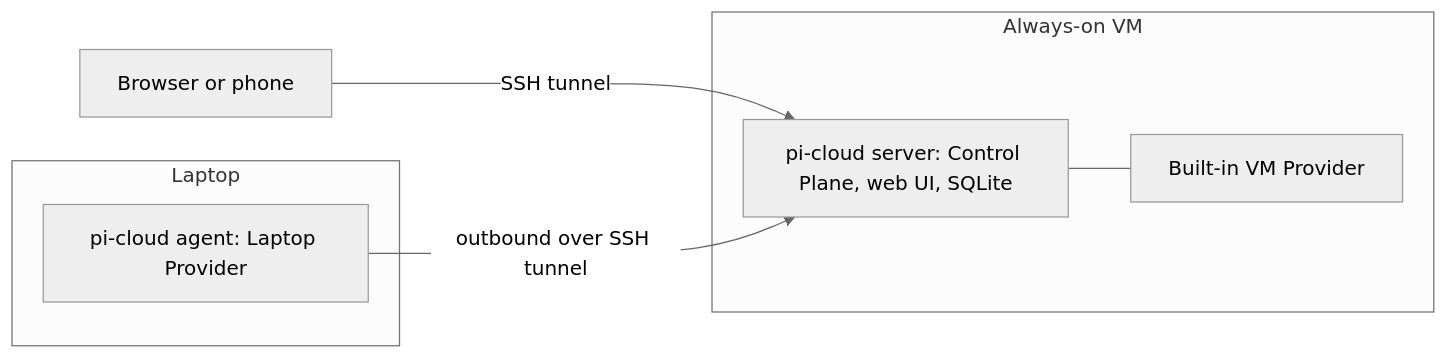
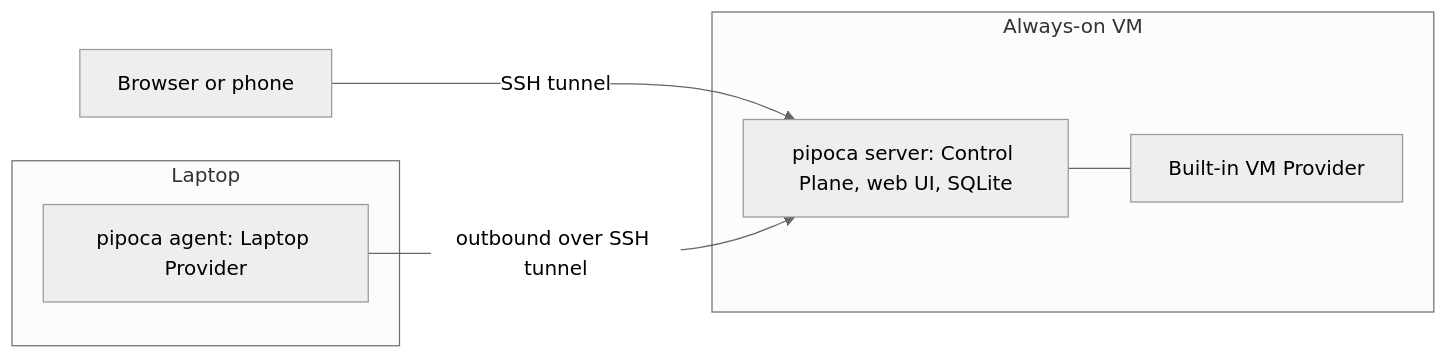
The third of 3 diagrams in docs/architecture.md (PedroKlein/pi-cloud), drawn with Mermaid (neutral theme) before and after one commit. The commit also changed other lines of this file and 291 other files, not shown here.

Commit message:
refactor: rename Pi Cloud to Pipoca

````diff
--- a/docs/architecture.md
+++ b/docs/architecture.md
@@ -187,13 +187,13 @@
 ```mermaid
 flowchart LR
     BROWSER[Browser or phone] -->|SSH tunnel| SERVER
     subgraph VM[Always-on VM]
-        SERVER[pi-cloud server: Control Plane, web UI, SQLite]
+        SERVER[pipoca server: Control Plane, web UI, SQLite]
         VMP[Built-in VM Provider]
         SERVER --- VMP
     end
     subgraph LAPTOP[Laptop]
-        AGENT[pi-cloud agent: Laptop Provider]
+        AGENT[pipoca agent: Laptop Provider]
     end
     AGENT -->|outbound over SSH tunnel| SERVER
 ```
````
